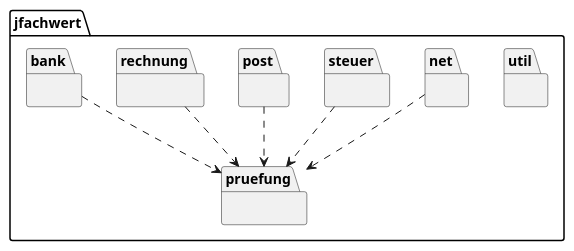
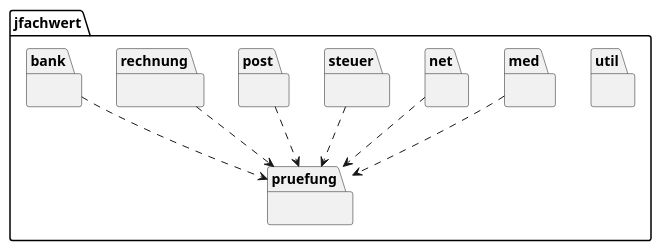
Before and after one commit to oboehm/jfachwert: the diagram in src/main/asciidoc/images/packages.puml, drawn with PlantUML. The commit also changed 6 other files, not shown here.

```diff
--- a/src/main/asciidoc/images/packages.puml
+++ b/src/main/asciidoc/images/packages.puml
@@ -1,34 +1,38 @@
 @startuml
 
 package "jfachwert" {
 
     package "util" {
+    }
+
+    package "med" {
     }
 
     package "net" {
     }
 
     package "steuer" {
     }
 
     package "post" {
     }
 
     package "rechnung" {
     }
 
     package "bank" {
     }
 
     package "pruefung" {
     }
 
     bank ..> pruefung
     steuer ..> pruefung
     post ..> pruefung
     rechnung ..> pruefung
     net ..> pruefung
+    med ..> pruefung
 
 }
 
 @enduml
```
